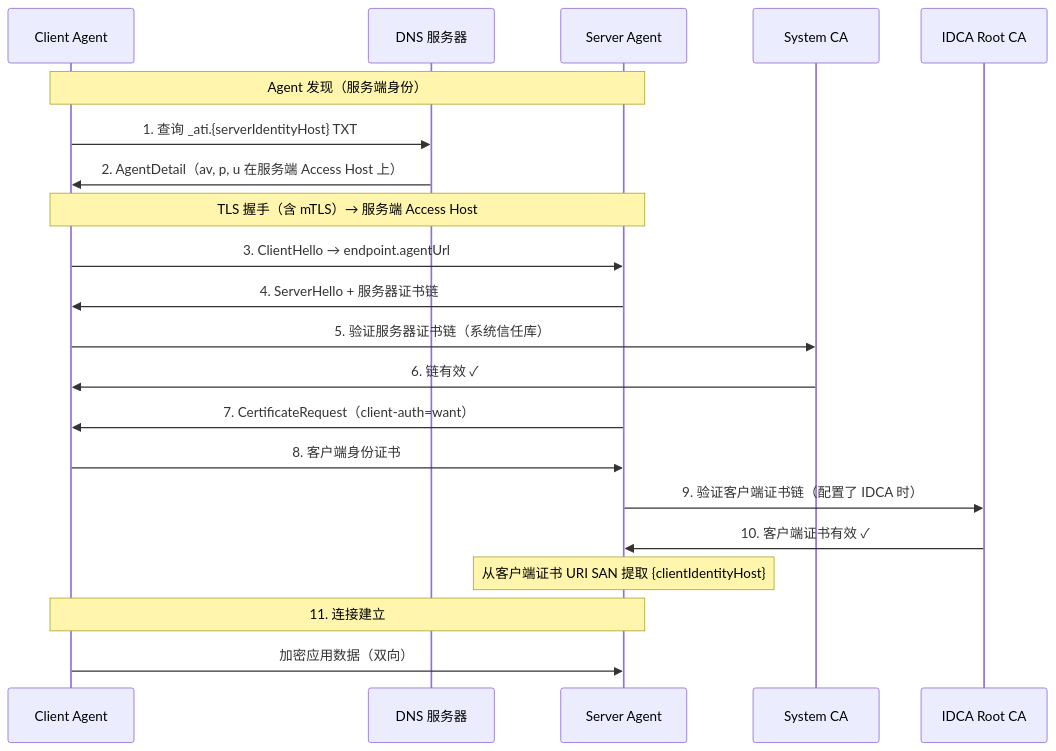
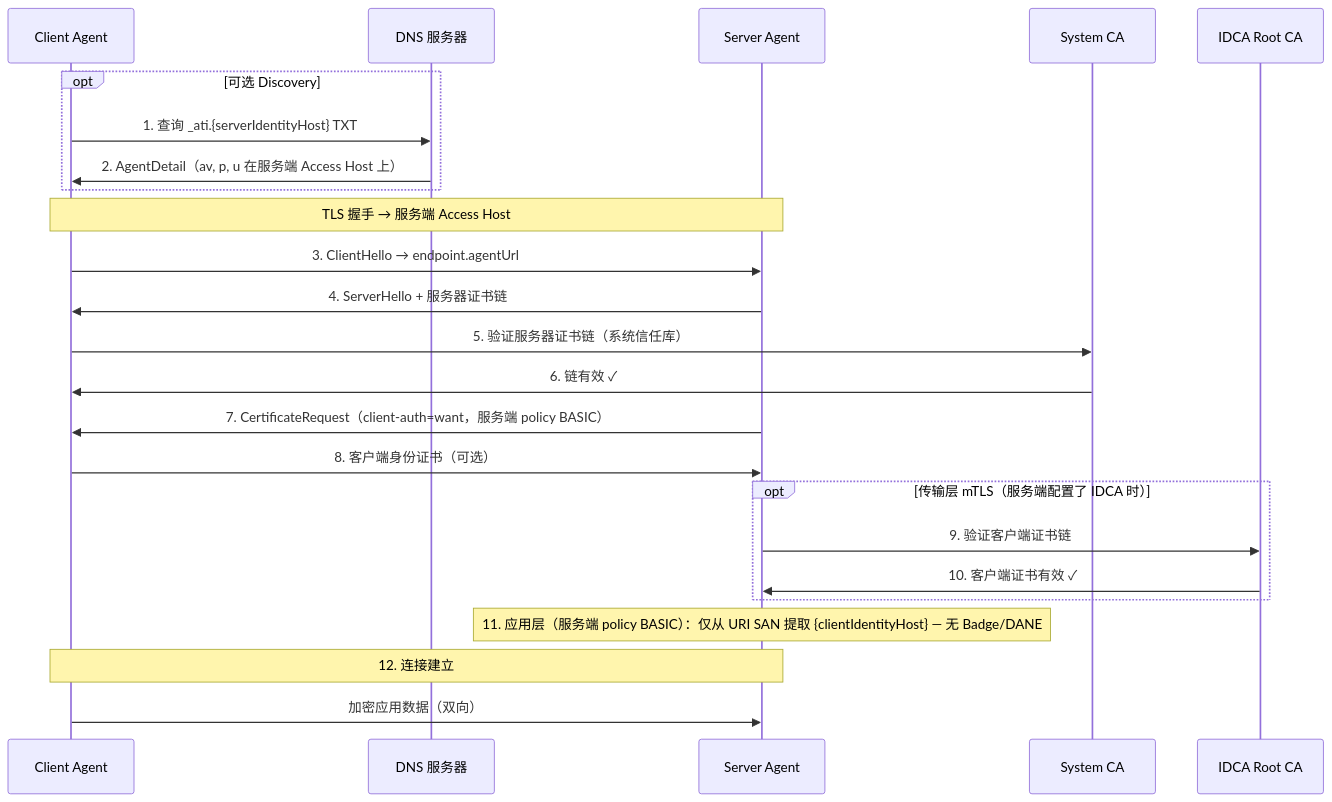
The second of 4 diagrams in README.zh-CN.md (aliyun/ati-sdk-java), drawn with Mermaid before and after one commit. The commit also changed other lines of this file and 17 other files, not shown here.

First line of the commit message:
fix: restrict NONE verification policy to server-side configuration

````diff
--- a/README.zh-CN.md
+++ b/README.zh-CN.md
@@ -70,26 +108,30 @@
 ```mermaid
 sequenceDiagram
     participant C as Client Agent
     participant DNS as DNS 服务器
     participant S as Server Agent
     participant CA as System CA
     participant IDCA as IDCA Root CA
 
-    Note over C,S: Agent 发现（服务端身份）
-    C->>DNS: 1. 查询 _ati.{serverIdentityHost} TXT
-    DNS->>C: 2. AgentDetail（av, p, u 在服务端 Access Host 上）
+    opt 可选 Discovery
+        C->>DNS: 1. 查询 _ati.{serverIdentityHost} TXT
+        DNS->>C: 2. AgentDetail（av, p, u 在服务端 Access Host 上）
+    end
 
-    Note over C,S: TLS 握手（含 mTLS）→ 服务端 Access Host
+    Note over C,S: TLS 握手 → 服务端 Access Host
     C->>S: 3. ClientHello → endpoint.agentUrl
     S->>C: 4. ServerHello + 服务器证书链
     C->>CA: 5. 验证服务器证书链（系统信任库）
     CA->>C: 6. 链有效 ✓
-    S->>C: 7. CertificateRequest（client-auth=want）
-    C->>S: 8. 客户端身份证书
-    S->>IDCA: 9. 验证客户端证书链（配置了 IDCA 时）
-    IDCA->>S: 10. 客户端证书有效 ✓
+    S->>C: 7. CertificateRequest（client-auth=want，服务端 policy BASIC）
+    C->>S: 8. 客户端身份证书（可选）
 
-    Note over S: 从客户端证书 URI SAN 提取 {clientIdentityHost}
-    Note over C,S: 11. 连接建立
+    opt 传输层 mTLS（服务端配置了 IDCA 时）
+        S->>IDCA: 9. 验证客户端证书链
+        IDCA->>S: 10. 客户端证书有效 ✓
+    end
+
+    Note over S: 11. 应用层（服务端 policy BASIC）：仅从 URI SAN 提取 {clientIdentityHost} — 无 Badge/DANE
+    Note over C,S: 12. 连接建立
     C->>S: 加密应用数据（双向）
 ```
````
